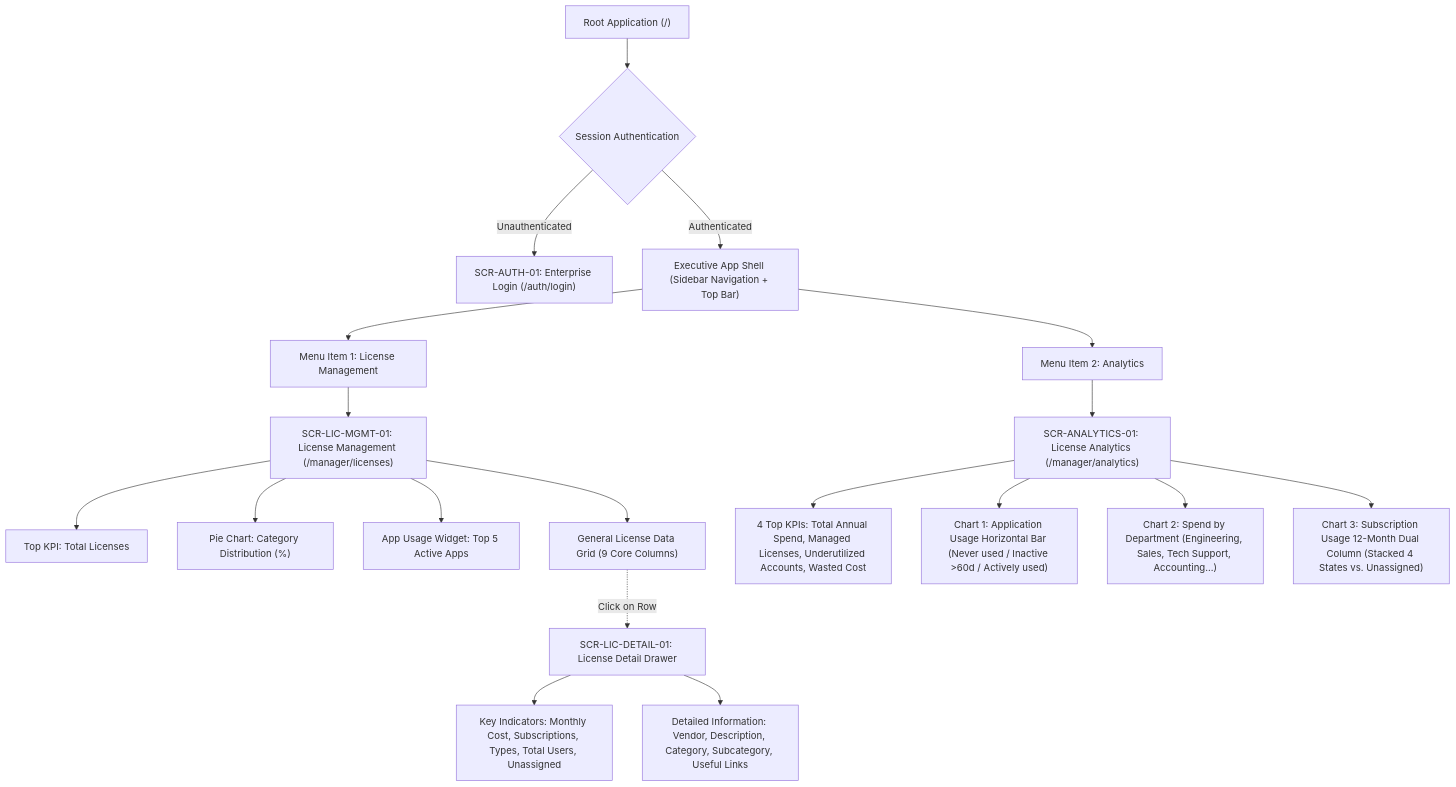
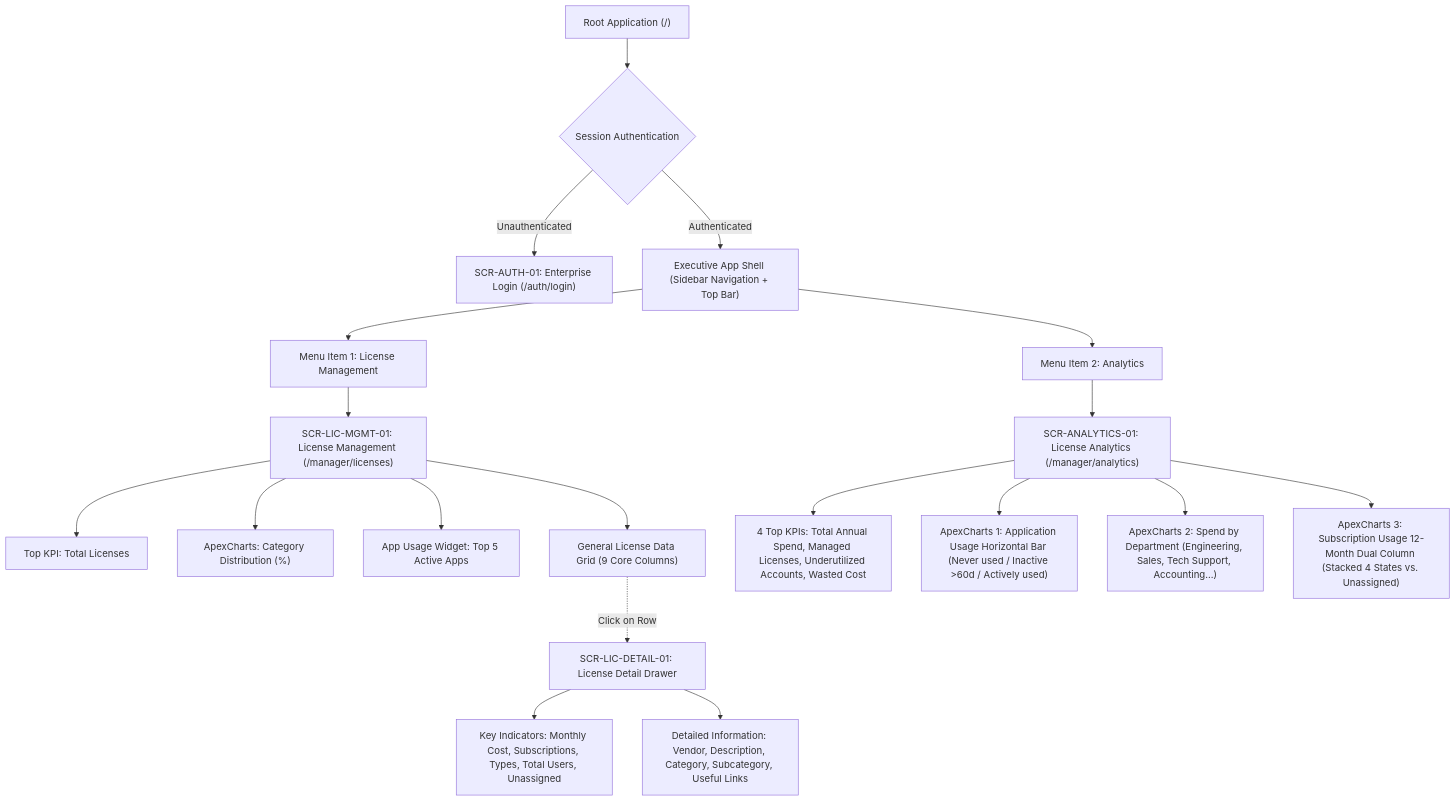
One commit to cuonglpv/VFast changed the first of 2 diagrams in docs/04-information-architecture-manager.md. Above: the diagram before and after it, drawn with Mermaid. The commit also changed other lines of this file, not shown here.

Commit message:
docs: add MUI Material & ApexCharts standards, zero-bloat UI and icon integrity constraints

````diff
--- a/docs/04-information-architecture-manager.md
+++ b/docs/04-information-architecture-manager.md
@@ -59,25 +65,25 @@
 ```mermaid
 flowchart TD
     Root["Root Application (/)"] --> AuthCheck{"Session Authentication"}
     AuthCheck -->|"Unauthenticated"| SCR_AUTH["SCR-AUTH-01: Enterprise Login (/auth/login)"]
     AuthCheck -->|"Authenticated"| Shell["Executive App Shell (Sidebar Navigation + Top Bar)"]
 
     Shell --> Nav1["Menu Item 1: License Management"]
     Shell --> Nav2["Menu Item 2: Analytics"]
 
     Nav1 --> SCR_LIC_MGMT["SCR-LIC-MGMT-01: License Management (/manager/licenses)"]
     SCR_LIC_MGMT --> Sub_KPI1["Top KPI: Total Licenses"]
-    SCR_LIC_MGMT --> Sub_Pie["Pie Chart: Category Distribution (%)"]
+    SCR_LIC_MGMT --> Sub_Pie["ApexCharts: Category Distribution (%)"]
     SCR_LIC_MGMT --> Sub_Top5["App Usage Widget: Top 5 Active Apps"]
     SCR_LIC_MGMT --> Sub_Table["General License Data Grid (9 Core Columns)"]
 
     Sub_Table -.->|"Click on Row"| SCR_LIC_DETAIL["SCR-LIC-DETAIL-01: License Detail Drawer"]
     SCR_LIC_DETAIL --> Det_Key["Key Indicators: Monthly Cost, Subscriptions, Types, Total Users, Unassigned"]
     SCR_LIC_DETAIL --> Det_Info["Detailed Information: Vendor, Description, Category, Subcategory, Useful Links"]
 
     Nav2 --> SCR_ANALYTICS["SCR-ANALYTICS-01: License Analytics (/manager/analytics)"]
     SCR_ANALYTICS --> Ana_KPIs["4 Top KPIs: Total Annual Spend, Managed Licenses, Underutilized Accounts, Wasted Cost"]
-    SCR_ANALYTICS --> Ana_Chart1["Chart 1: Application Usage Horizontal Bar (Never used / Inactive >60d / Actively used)"]
-    SCR_ANALYTICS --> Ana_Chart2["Chart 2: Spend by Department (Engineering, Sales, Tech Support, Accounting...)"]
-    SCR_ANALYTICS --> Ana_Chart3["Chart 3: Subscription Usage 12-Month Dual Column (Stacked 4 States vs. Unassigned)"]
+    SCR_ANALYTICS --> Ana_Chart1["ApexCharts 1: Application Usage Horizontal Bar (Never used / Inactive >60d / Actively used)"]
+    SCR_ANALYTICS --> Ana_Chart2["ApexCharts 2: Spend by Department (Engineering, Sales, Tech Support, Accounting...)"]
+    SCR_ANALYTICS --> Ana_Chart3["ApexCharts 3: Subscription Usage 12-Month Dual Column (Stacked 4 States vs. Unassigned)"]
 ```
````
